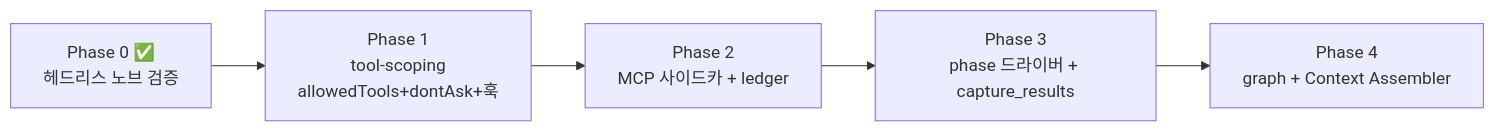
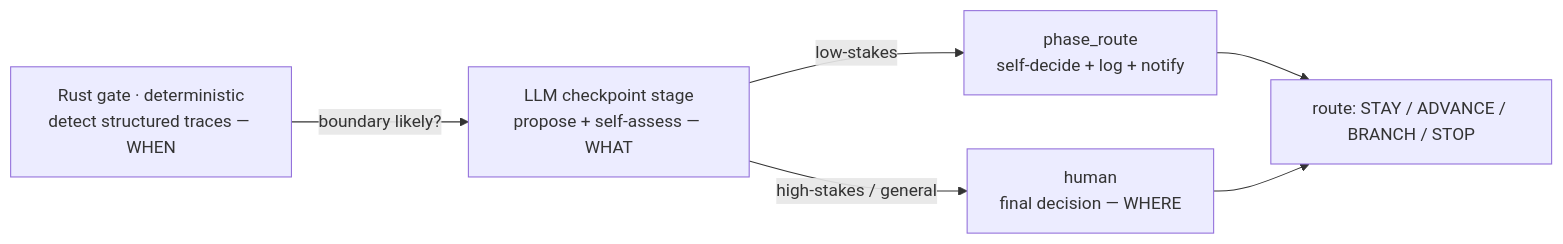
One commit to JiHyuk-Byun/research-llm changed the seventh of 9 diagrams in docs/research-agent-architecture.md. Above: the diagram before and after it, drawn with Mermaid. The commit also changed other lines of this file, not shown here.

First line of the commit message:
docs: rewrite architecture report in English, focused on agent building blocks

````diff
--- a/docs/research-agent-architecture.md
+++ b/docs/research-agent-architecture.md
@@ -386,7 +265,8 @@
 ```mermaid
 flowchart LR
-    P0["Phase 0 ✅<br/>헤드리스 노브 검증"] --> P1["Phase 1<br/>tool-scoping<br/>allowedTools+dontAsk+훅"]
-    P1 --> P2["Phase 2<br/>MCP 사이드카 + ledger"]
-    P2 --> P3["Phase 3<br/>phase 드라이버 + capture_results"]
-    P3 --> P4["Phase 4<br/>graph + Context Assembler"]
+    G["Rust gate · deterministic<br/>detect structured traces — WHEN"] -->|"boundary likely?"| L["LLM checkpoint stage<br/>propose + self-assess — WHAT"]
+    L -->|"low-stakes"| SR["phase_route<br/>self-decide + log + notify"]
+    L -->|"high-stakes / general"| H["human<br/>final decision — WHERE"]
+    SR --> R["route: STAY / ADVANCE / BRANCH / STOP"]
+    H --> R
 ```
````
